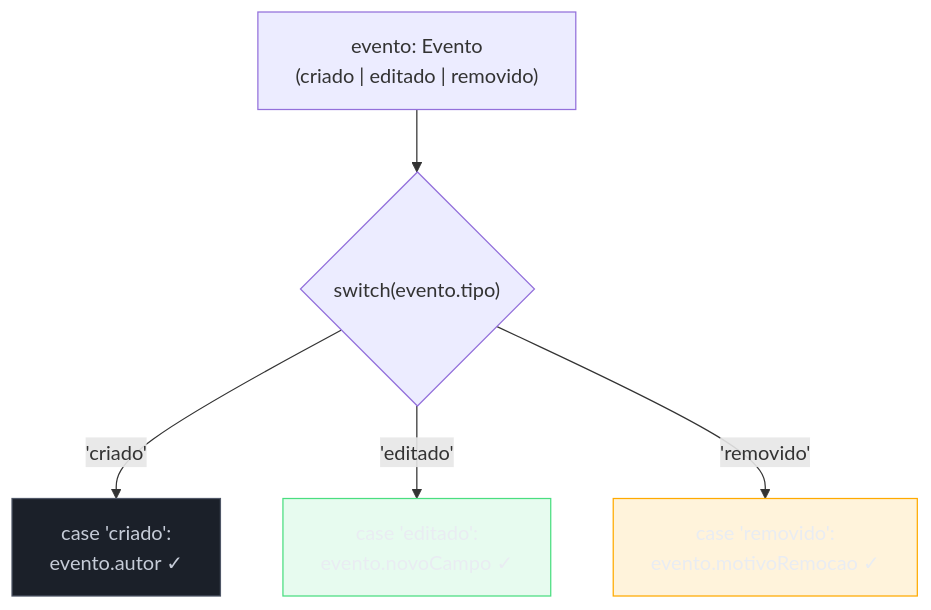
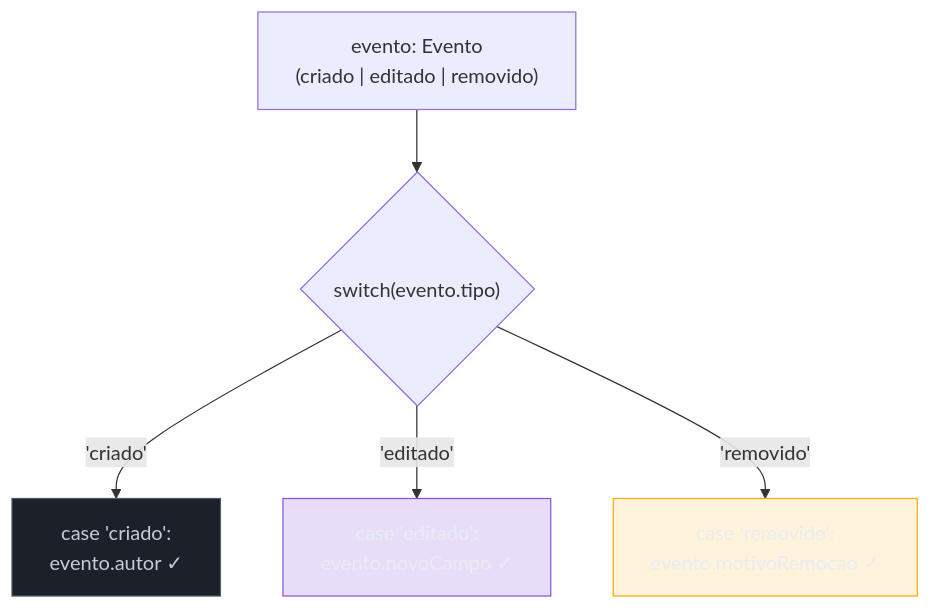
The third of 5 diagrams in 03-Dominios/Tecnologia/TypeScript/09 - Type narrowing e type guards.md (josenaldo/codex-technomanticus), drawn with Mermaid before and after one commit. The commit also changed other lines of this file and 601 other files, not shown here.

````diff
--- a/03-Dominios/Tecnologia/TypeScript/09 - Type narrowing e type guards.md
+++ b/03-Dominios/Tecnologia/TypeScript/09 - Type narrowing e type guards.md
@@ -269,20 +268,20 @@
 ```mermaid
 flowchart TD
+    classDef marca fill:#8855DF33,stroke:#8855DF,color:#E9ECF2
     classDef neutro fill:#1B2029,stroke:#4E5666,color:#C6CCD8
-    classDef ok fill:#4ADE8021,stroke:#4ADE80,color:#E9ECF2
     classDef destaque fill:#FFAA0024,stroke:#FFAA00,color:#E9ECF2
     E["evento: Evento\n(criado | editado | removido)"]
     S{"switch(evento.tipo)"}
     C["case 'criado':\nevento.autor ✓"]
     Ed["case 'editado':\nevento.novoCampo ✓"]
     R["case 'removido':\nevento.motivoRemocao ✓"]
 
     E --> S
     S -->|"'criado'"| C
     S -->|"'editado'"| Ed
     S -->|"'removido'"| R
 
     class C neutro
-    class Ed ok
+    class Ed marca
     class R destaque
 ```
````
